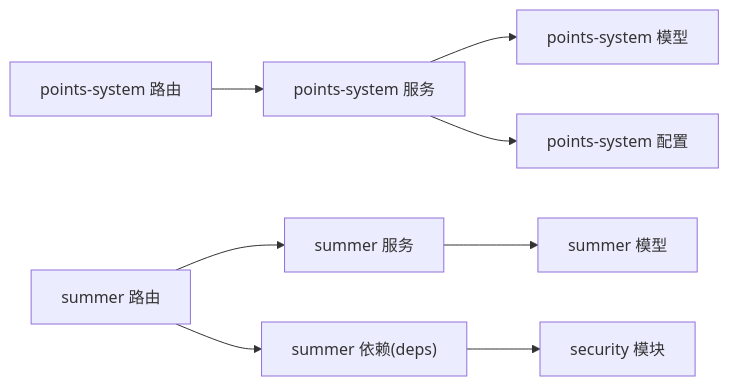
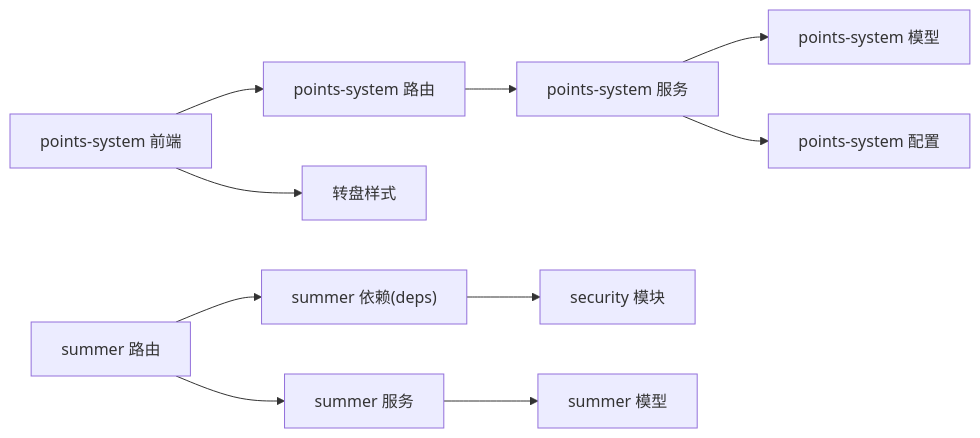
The seventh of 7 diagrams in .qoder/repowiki/zh/content/积分兑换系统/核心功能模块/抽奖系统.md (onebody/homework), drawn with Mermaid before and after one commit. The commit also changed other lines of this file and 3 other files, not shown here.

````diff
--- a/.qoder/repowiki/zh/content/积分兑换系统/核心功能模块/抽奖系统.md
+++ b/.qoder/repowiki/zh/content/积分兑换系统/核心功能模块/抽奖系统.md
@@ -289,10 +355,12 @@
 ```mermaid
 graph LR
 PR["points-system 路由"] --> PS["points-system 服务"]
 PS --> PM["points-system 模型"]
 PS --> PC["points-system 配置"]
+PF["points-system 前端"] --> PR
+PF --> CSS["转盘样式"]
 SR["summer 路由"] --> SS["summer 服务"]
 SR --> SD["summer 依赖(deps)"]
 SD --> SEC["security 模块"]
 SS --> SM["summer 模型"]
 ```
````
